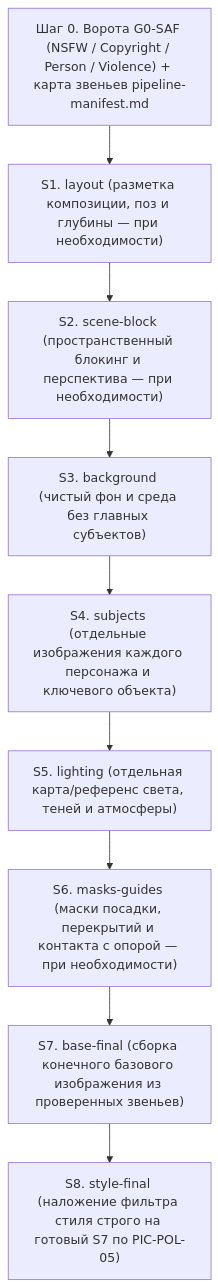
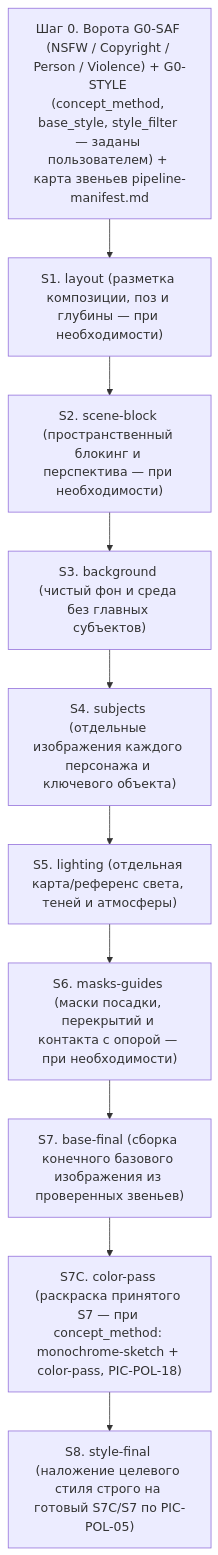
The diagram in HYAI/core/domains/picture/workflows/pipeline.md (Multfinite/HYAI), drawn with Mermaid before and after one commit. The commit also changed other lines of this file and 12 other files, not shown here.

First line of the commit message:
picture: PIC-POL-18 — способ генерации концепт-арта задаёт пользователь (G0-STYLE), звено S7C color-pass, edit-цепочка, практики 1.3

````diff
--- a/HYAI/core/domains/picture/workflows/pipeline.md
+++ b/HYAI/core/domains/picture/workflows/pipeline.md
@@ -16,11 +16,12 @@
 ```mermaid
 flowchart TD
-    G0["Шаг 0. Ворота G0-SAF (NSFW / Copyright / Person / Violence) + карта звеньев pipeline-manifest.md"] --> S1["S1. layout (разметка композиции, поз и глубины — при необходимости)"]
+    G0["Шаг 0. Ворота G0-SAF (NSFW / Copyright / Person / Violence) + G0-STYLE (concept_method, base_style, style_filter — заданы пользователем) + карта звеньев pipeline-manifest.md"] --> S1["S1. layout (разметка композиции, поз и глубины — при необходимости)"]
     S1 --> S2["S2. scene-block (пространственный блокинг и перспектива — при необходимости)"]
     S2 --> S3["S3. background (чистый фон и среда без главных субъектов)"]
     S3 --> S4["S4. subjects (отдельные изображения каждого персонажа и ключевого объекта)"]
     S4 --> S5["S5. lighting (отдельная карта/референс света, теней и атмосферы)"]
     S5 --> S6["S6. masks-guides (маски посадки, перекрытий и контакта с опорой — при необходимости)"]
     S6 --> S7["S7. base-final (сборка конечного базового изображения из проверенных звеньев)"]
-    S7 --> S8["S8. style-final (наложение фильтра стиля строго на готовый S7 по PIC-POL-05)"]
+    S7 --> S7C["S7C. color-pass (раскраска принятого S7 — при concept_method: monochrome-sketch + color-pass, PIC-POL-18)"]
+    S7C --> S8["S8. style-final (наложение целевого стиля строго на готовый S7C/S7 по PIC-POL-05)"]
 ```
````
